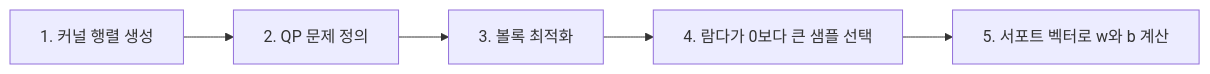
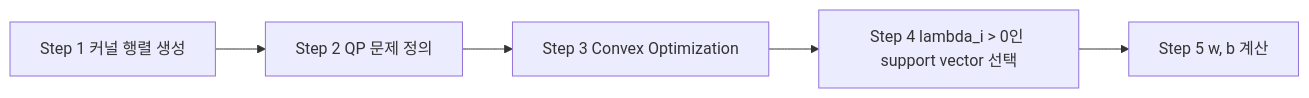
One commit to umyunsang/edu changed the second of 2 diagrams in ComputerScience/03_ai-ml-data/machine-learning/notes/21. SVM 구현 - GD와 QP.md. Above: the diagram before and after it, drawn with Mermaid. The commit also changed other lines of this file and 5 other files, not shown here.

````diff
--- a/ComputerScience/03_ai-ml-data/machine-learning/notes/21. SVM 구현 - GD와 QP.md
+++ b/ComputerScience/03_ai-ml-data/machine-learning/notes/21. SVM 구현 - GD와 QP.md
@@ -162,7 +119,7 @@
 ```mermaid
 flowchart LR
-  A["1. 커널 행렬 생성"] --> B["2. QP 문제 정의"]
-  B --> C["3. 볼록 최적화"]
-  C --> D["4. 람다가 0보다 큰 샘플 선택"]
-  D --> E["5. 서포트 벡터로 w와 b 계산"]
+  A["Step 1 커널 행렬 생성"] --> B["Step 2 QP 문제 정의"]
+  B --> C["Step 3 Convex Optimization"]
+  C --> D["Step 4 lambda_i > 0인 support vector 선택"]
+  D --> E["Step 5 w, b 계산"]
 ```
````
